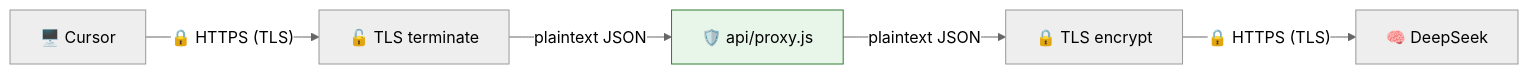
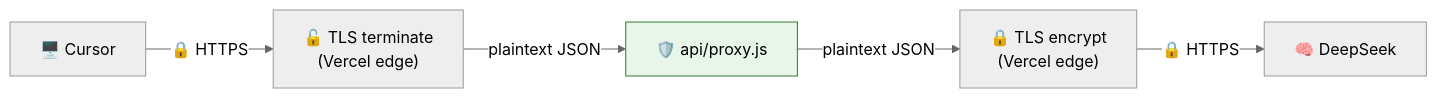
The second of 2 diagrams in README.md (lqdflying/cursorProxy), drawn with Mermaid (neutral theme) before and after one commit. The commit also changed other lines of this file, not shown here.

First line of the commit message:
docs: restructure Mermaid diagrams for chronological clarity

````diff
--- a/README.md
+++ b/README.md
@@ -69,9 +70,9 @@
 ```mermaid
 flowchart LR
-    C["🖥️ Cursor"] -->|"🔒 HTTPS (TLS)"| VT["🔓 TLS terminate"]
+    C["🖥️ Cursor"] -->|"🔒 HTTPS"| VT["🔓 TLS terminate<br/>(Vercel edge)"]
     VT -->|"plaintext JSON"| P["🛡️ api/proxy.js"]
-    P -->|"plaintext JSON"| VE["🔒 TLS encrypt"]
-    VE -->|"🔒 HTTPS (TLS)"| D["🧠 DeepSeek"]
+    P -->|"plaintext JSON"| VE["🔒 TLS encrypt<br/>(Vercel edge)"]
+    VE -->|"🔒 HTTPS"| D["🧠 DeepSeek"]
 
     style P fill:#e8f5e9,stroke:#2e7d32
 ```
````
